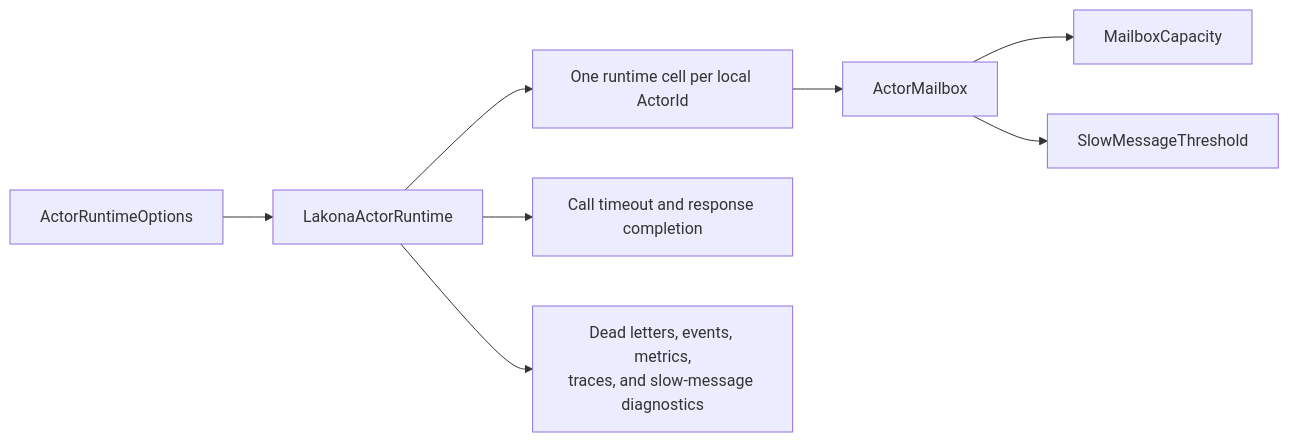
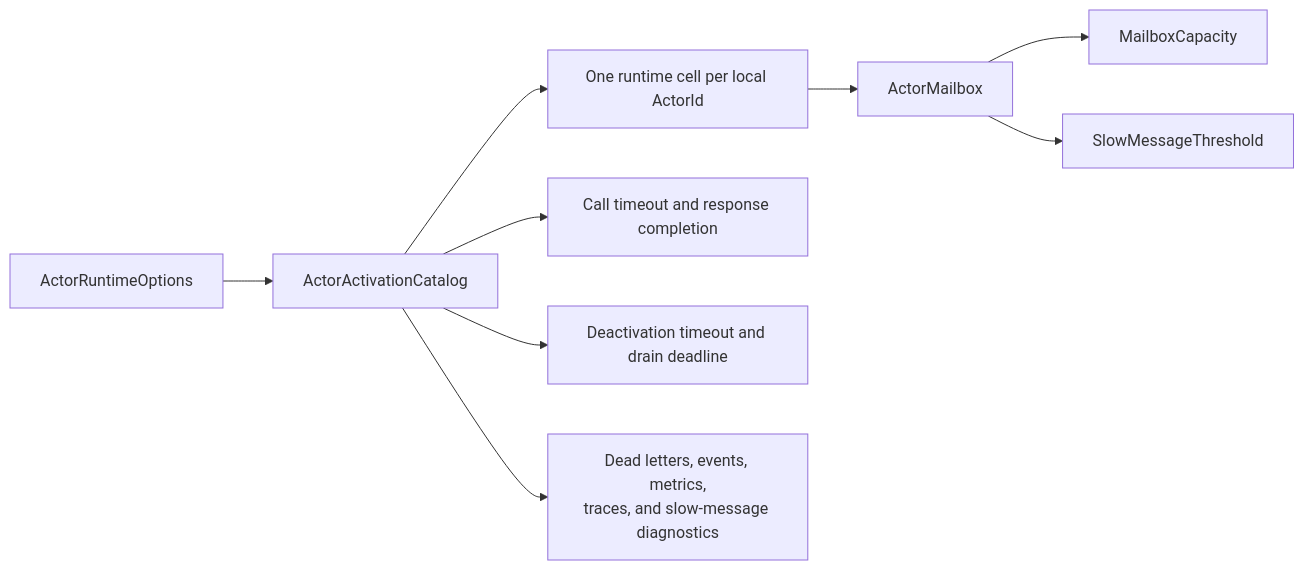
The seventh of 7 diagrams in docs/actor.md (bruce48x/Lakona), drawn with Mermaid before and after one commit. The commit also changed other lines of this file and 47 other files, not shown here.

Commit message:
Replace actor hosting with activation catalog

````diff
--- a/docs/actor.md
+++ b/docs/actor.md
@@ -707,11 +707,12 @@
 ```mermaid
 flowchart LR
-    O["ActorRuntimeOptions"] --> R["LakonaActorRuntime"]
+    O["ActorRuntimeOptions"] --> R["ActorActivationCatalog"]
     R --> C["One runtime cell per local ActorId"]
     C --> M["ActorMailbox"]
     M --> MC["MailboxCapacity"]
     M --> ST["SlowMessageThreshold"]
 
     R --> T["Call timeout and response completion"]
+    R --> L["Deactivation timeout and drain deadline"]
     R --> D["Dead letters, events, metrics,<br/>traces, and slow-message diagnostics"]
 ```
````
